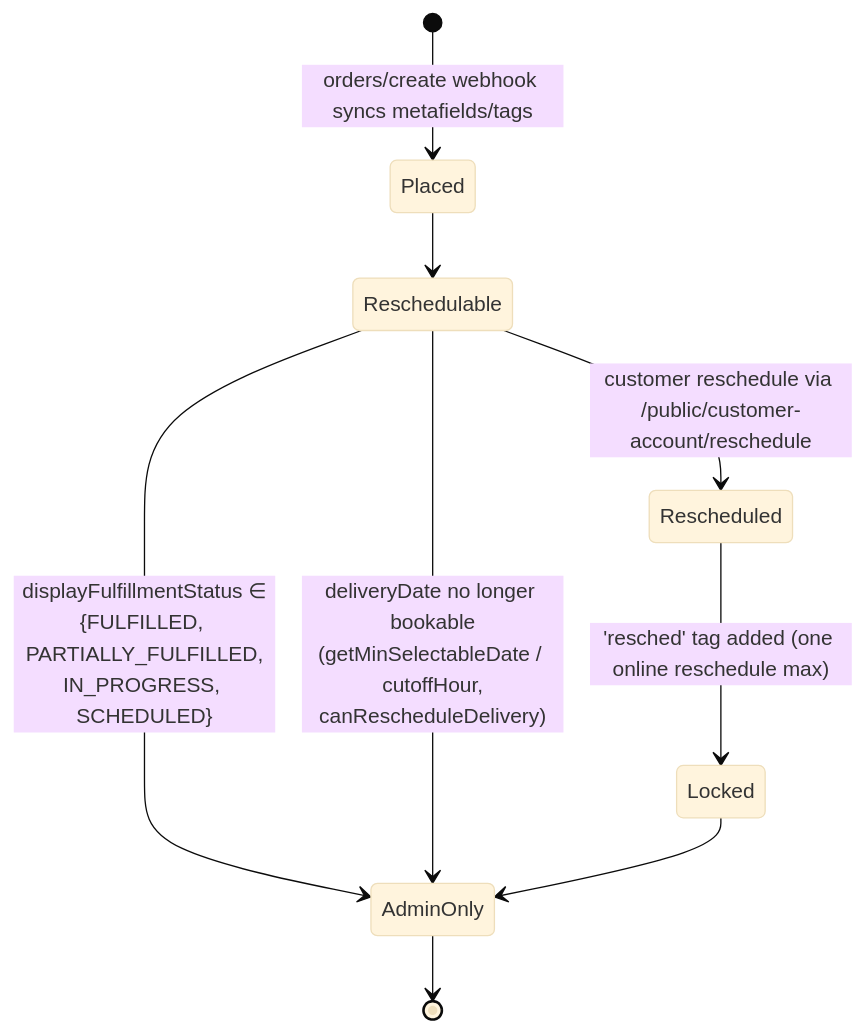
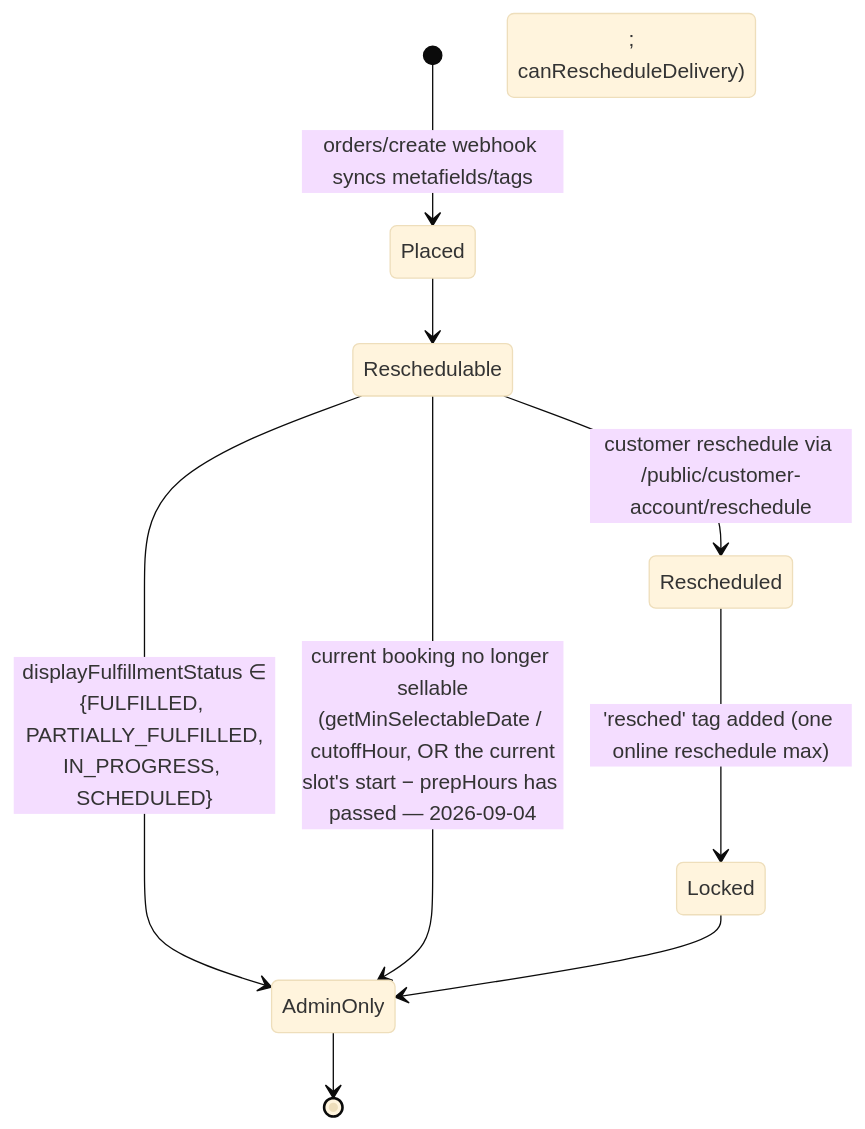
One commit to flwrdev/delivery-scheduler changed the third of 3 diagrams in docs/api.md. Above: the diagram before and after it, drawn with Mermaid (base theme). The commit also changed other lines of this file and 14 other files, not shown here.

First line of the commit message:
feat(orders): slot-level customer reschedule gate + "Rescheduled today" visibility

````diff
--- a/docs/api.md
+++ b/docs/api.md
@@ -641,11 +643,11 @@
 ```mermaid
 stateDiagram-v2
     [*] --> Placed: orders/create webhook syncs metafields/tags
     Placed --> Reschedulable
     Reschedulable --> Rescheduled: customer reschedule via /public/customer-account/reschedule
     Rescheduled --> Locked: 'resched' tag added (one online reschedule max)
     Reschedulable --> AdminOnly: displayFulfillmentStatus ∈<br/>{FULFILLED, PARTIALLY_FULFILLED,<br/>IN_PROGRESS, SCHEDULED}
-    Reschedulable --> AdminOnly: deliveryDate no longer bookable<br/>(getMinSelectableDate / cutoffHour,<br/>canRescheduleDelivery)
+    Reschedulable --> AdminOnly: current booking no longer sellable<br/>(getMinSelectableDate / cutoffHour, OR the current<br/>slot's start − prepHours has passed — 2026-09-04;<br/>canRescheduleDelivery)
     Locked --> AdminOnly
     AdminOnly --> [*]
 ```
````
